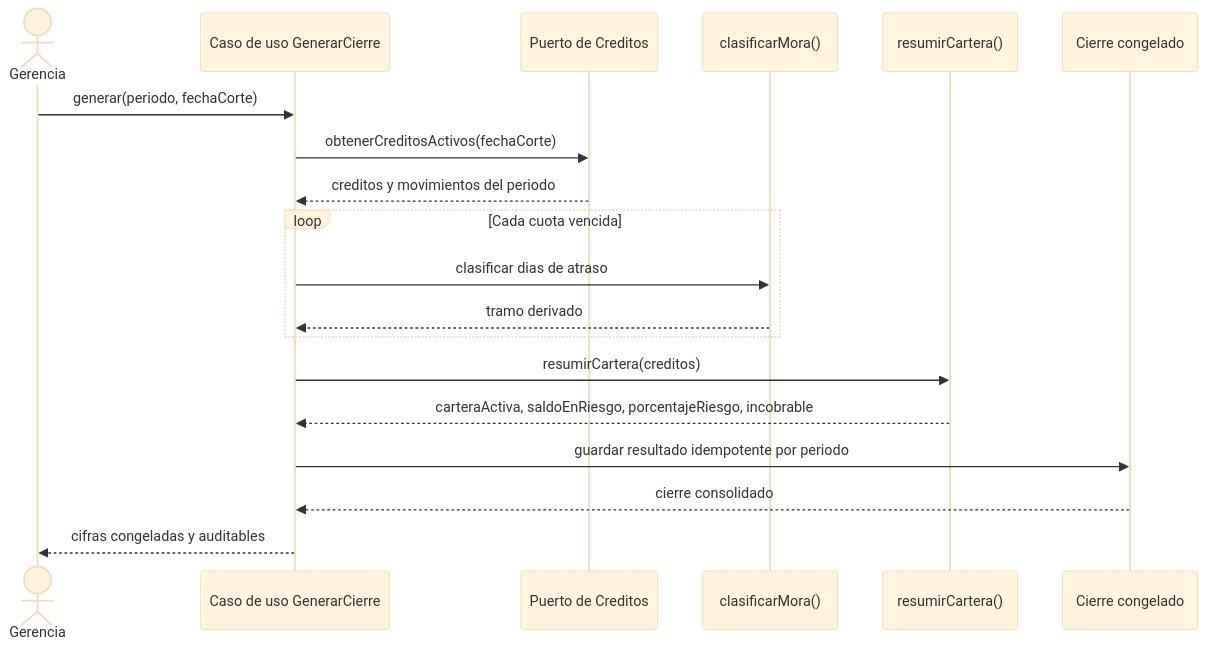
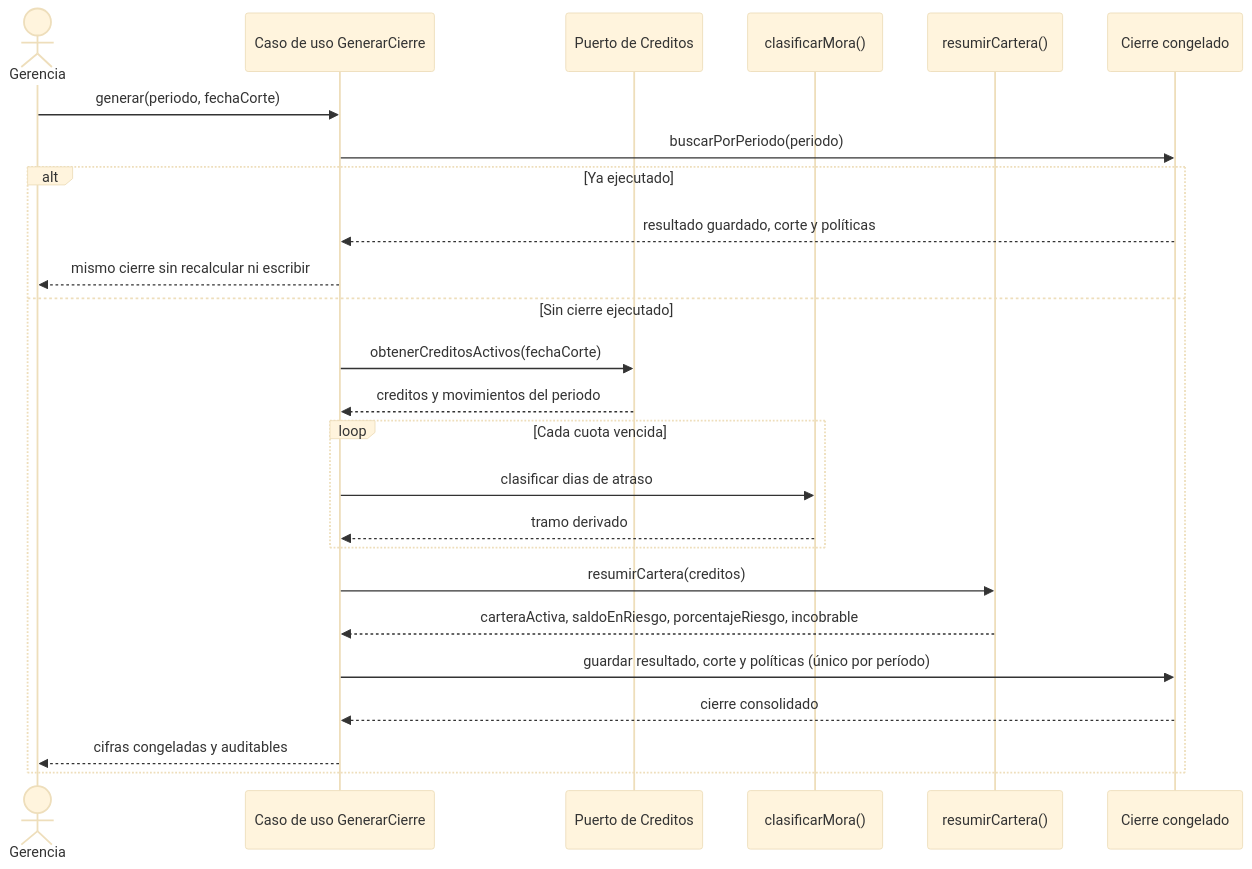
The second of 2 diagrams in microcredito-p1/docs/diagramas/03-secuencias.md (javier6441112/Proyecto_analisis_sistemas_II), drawn with Mermaid (base theme) before and after one commit. The commit also changed other lines of this file and 17 other files, not shown here.

````diff
--- a/microcredito-p1/docs/diagramas/03-secuencias.md
+++ b/microcredito-p1/docs/diagramas/03-secuencias.md
@@ -31,22 +31,28 @@
 ```mermaid
 sequenceDiagram
     actor Gerente as Gerencia
     participant Cierre as Caso de uso GenerarCierre
     participant Repo as Puerto de Creditos
     participant Mora as clasificarMora()
     participant Cartera as resumirCartera()
     participant Congelador as Cierre congelado
 
     Gerente->>Cierre: generar(periodo, fechaCorte)
+    Cierre->>Congelador: buscarPorPeriodo(periodo)
+    alt Ya ejecutado
+        Congelador-->>Cierre: resultado guardado, corte y políticas
+        Cierre-->>Gerente: mismo cierre sin recalcular ni escribir
+    else Sin cierre ejecutado
     Cierre->>Repo: obtenerCreditosActivos(fechaCorte)
     Repo-->>Cierre: creditos y movimientos del periodo
     loop Cada cuota vencida
         Cierre->>Mora: clasificar dias de atraso
         Mora-->>Cierre: tramo derivado
     end
     Cierre->>Cartera: resumirCartera(creditos)
     Cartera-->>Cierre: carteraActiva, saldoEnRiesgo, porcentajeRiesgo, incobrable
-    Cierre->>Congelador: guardar resultado idempotente por periodo
+    Cierre->>Congelador: guardar resultado, corte y políticas (único por período)
     Congelador-->>Cierre: cierre consolidado
     Cierre-->>Gerente: cifras congeladas y auditables
+    end
 ```
````
